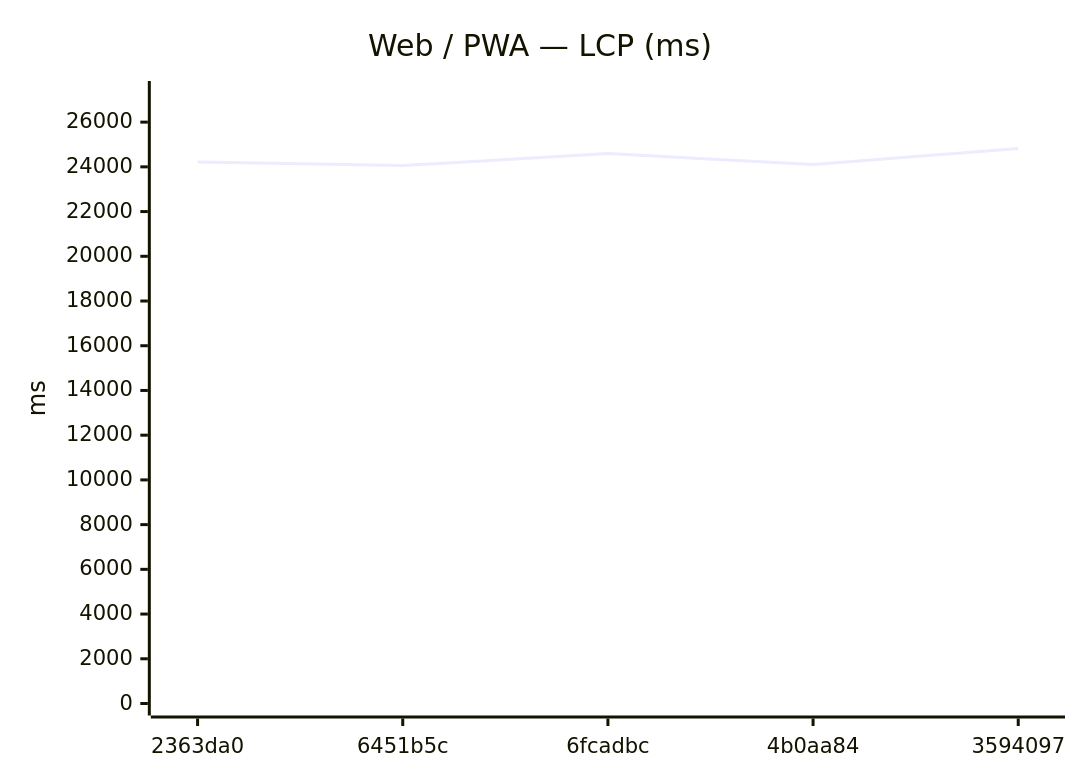
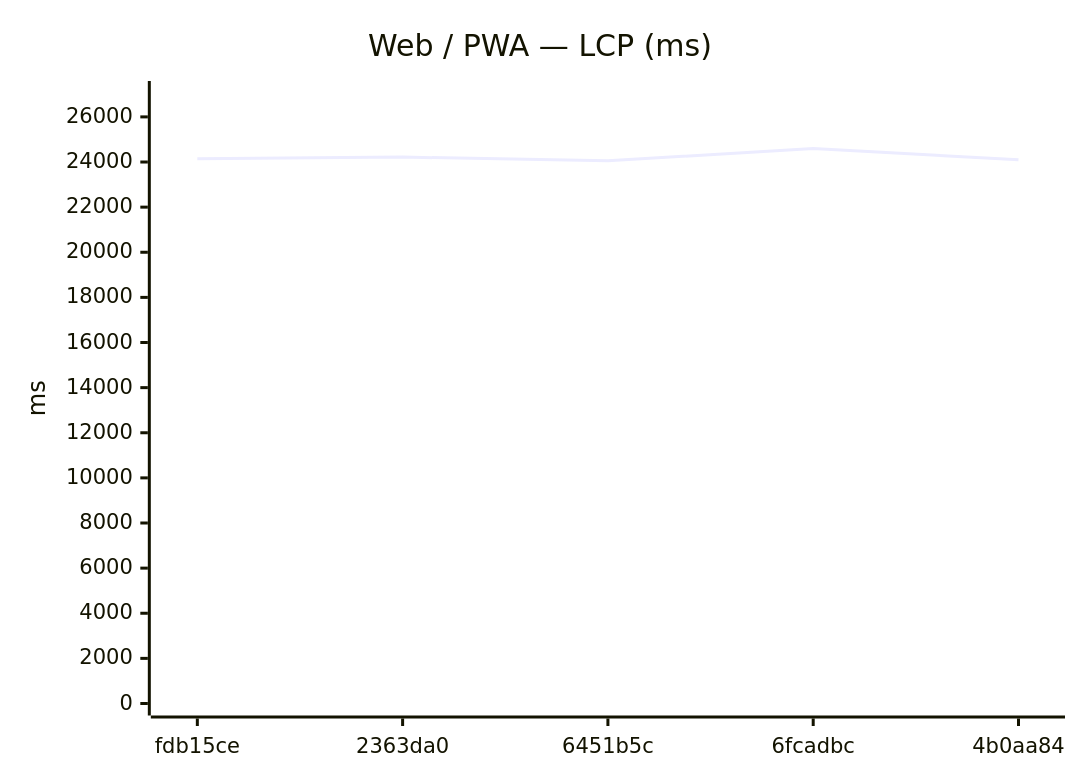
One commit to Metaheurist/Rianell changed the fifth of 12 diagrams in benchmarks/compare.md. Above: the diagram before and after it, drawn with Mermaid. The commit also changed other lines of this file and 8 other files, not shown here.

````diff
--- a/benchmarks/compare.md
+++ b/benchmarks/compare.md
@@ -82,7 +82,7 @@
 ```mermaid
 xychart-beta
     title "Web / PWA — LCP (ms)"
-    x-axis ["2363da0", "6451b5c", "6fcadbc", "4b0aa84", "3594097"]
-    y-axis "ms" 0 --> 27303
-    line [24218, 24056, 24599, 24101, 24820]
+    x-axis ["fdb15ce", "2363da0", "6451b5c", "6fcadbc", "4b0aa84"]
+    y-axis "ms" 0 --> 27059
+    line [24144, 24218, 24056, 24599, 24101]
 ```
````
